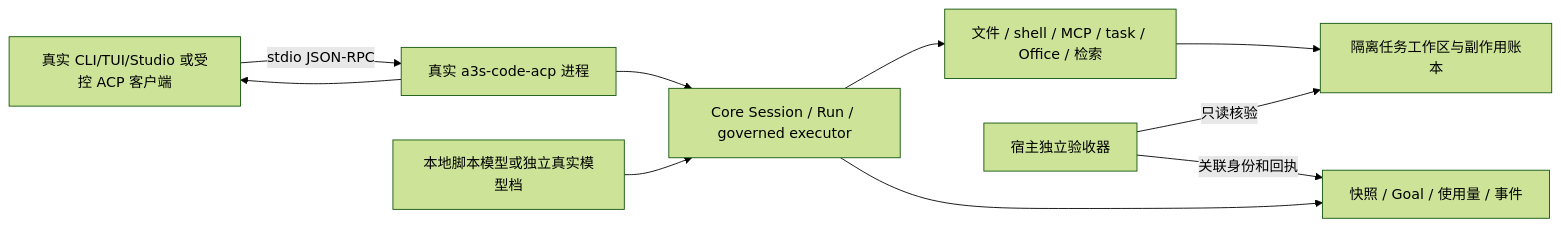
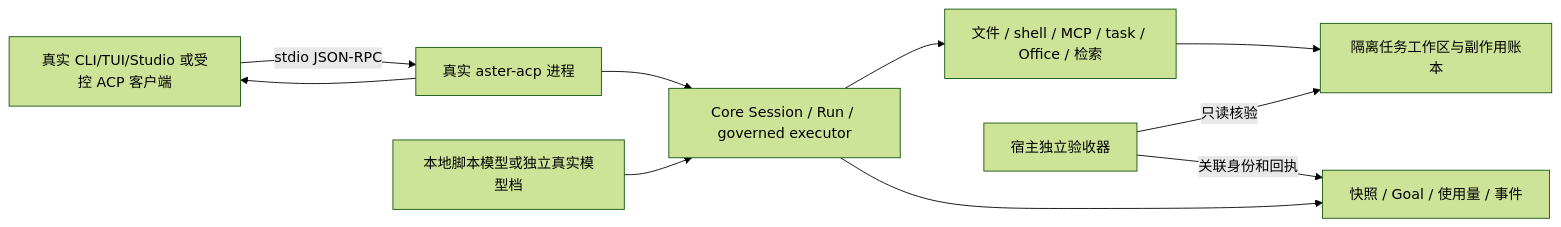
Before and after one commit to aster-ai-lab/aster: the diagram in specs/017-acp-long-horizon-e2e/plan.md, drawn with Mermaid (forest theme). The commit also changed other lines of this file and 16153 other files, not shown here.

````diff
--- a/specs/017-acp-long-horizon-e2e/plan.md
+++ b/specs/017-acp-long-horizon-e2e/plan.md
@@ -10,12 +10,12 @@
 ```mermaid
 flowchart LR
-  H[真实 CLI/TUI/Studio 或受控 ACP 客户端] -->|stdio JSON-RPC| A[真实 a3s-code-acp 进程]
+  H[真实 CLI/TUI/Studio 或受控 ACP 客户端] -->|stdio JSON-RPC| A[真实 aster-acp 进程]
   A --> C[Core Session / Run / governed executor]
   C --> T[文件 / shell / MCP / task / Office / 检索]
   C --> S[快照 / Goal / 使用量 / 事件]
   T --> W[隔离任务工作区与副作用账本]
   P[本地脚本模型或独立真实模型档] --> C
   V[宿主独立验收器] -->|只读核验| W
   V -->|关联身份和回执| S
   A --> H
 ```
````
